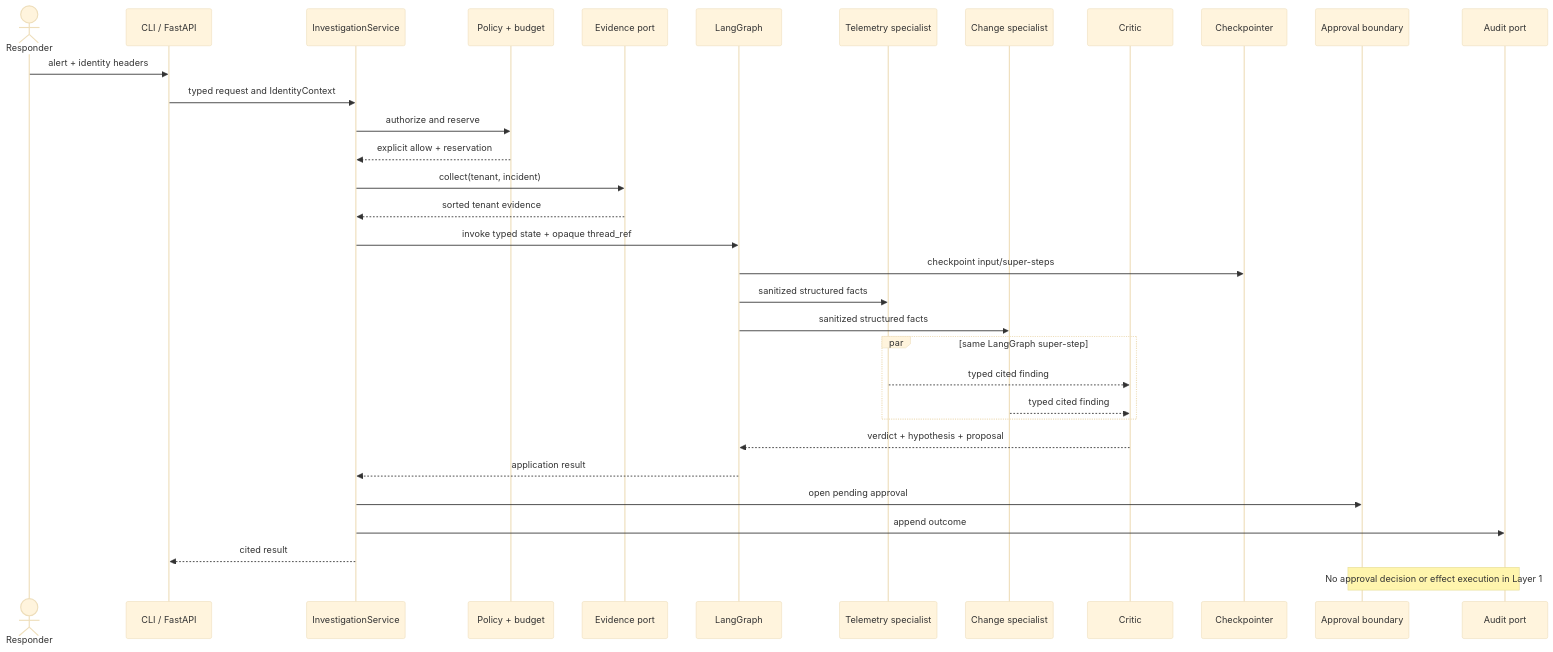
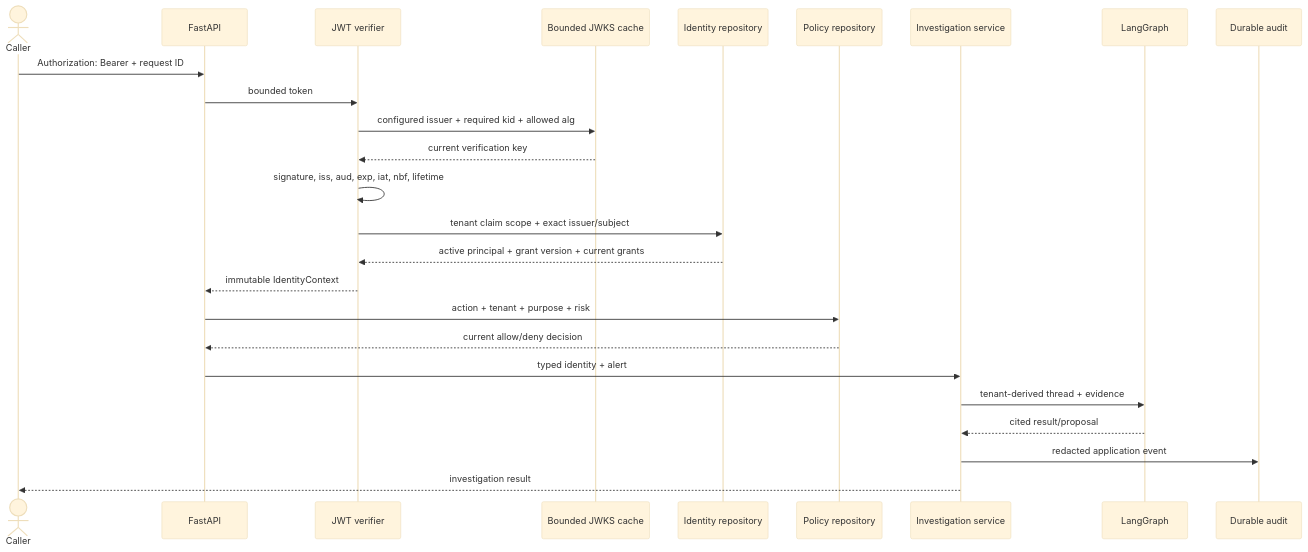
The second of 2 diagrams in docs/architecture.md (mrinmoyece/aegis-framework-platform), drawn with Mermaid (base theme) before and after one commit. The commit also changed other lines of this file and 55 other files, not shown here.

First line of the commit message:
Implement enterprise Layer 2 identity and tenancy

````diff
--- a/docs/architecture.md
+++ b/docs/architecture.md
@@ -78,36 +77,28 @@
 ```mermaid
 sequenceDiagram
-  actor R as Responder
-  participant A as CLI / FastAPI
-  participant S as InvestigationService
-  participant P as Policy + budget
-  participant E as Evidence port
+  actor C as Caller
+  participant A as FastAPI
+  participant J as JWT verifier
+  participant K as Bounded JWKS cache
+  participant D as Identity repository
+  participant P as Policy repository
+  participant S as Investigation service
   participant G as LangGraph
-  participant T as Telemetry specialist
-  participant C as Change specialist
-  participant K as Critic
-  participant V as Checkpointer
-  participant Q as Approval boundary
-  participant U as Audit port
+  participant U as Durable audit
 
-  R->>A: alert + identity headers
-  A->>S: typed request and IdentityContext
-  S->>P: authorize and reserve
-  P-->>S: explicit allow + reservation
-  S->>E: collect(tenant, incident)
-  E-->>S: sorted tenant evidence
-  S->>G: invoke typed state + opaque thread_ref
-  G->>V: checkpoint input/super-steps
-  G->>T: sanitized structured facts
-  G->>C: sanitized structured facts
-  par same LangGraph super-step
-    T-->>K: typed cited finding
-    C-->>K: typed cited finding
-  end
-  K-->>G: verdict + hypothesis + proposal
-  G-->>S: application result
-  S->>Q: open pending approval
-  S->>U: append outcome
-  S-->>A: cited result
-  Note over Q,U: No approval decision or effect execution in Layer 1
+  C->>A: Authorization: Bearer + request ID
+  A->>J: bounded token
+  J->>K: configured issuer + required kid + allowed alg
+  K-->>J: current verification key
+  J->>J: signature, iss, aud, exp, iat, nbf, lifetime
+  J->>D: tenant claim scope + exact issuer/subject
+  D-->>J: active principal + grant version + current grants
+  J-->>A: immutable IdentityContext
+  A->>P: action + tenant + purpose + risk
+  P-->>A: current allow/deny decision
+  A->>S: typed identity + alert
+  S->>G: tenant-derived thread + evidence
+  G-->>S: cited result/proposal
+  S->>U: redacted application event
+  S-->>C: investigation result
 ```
````
